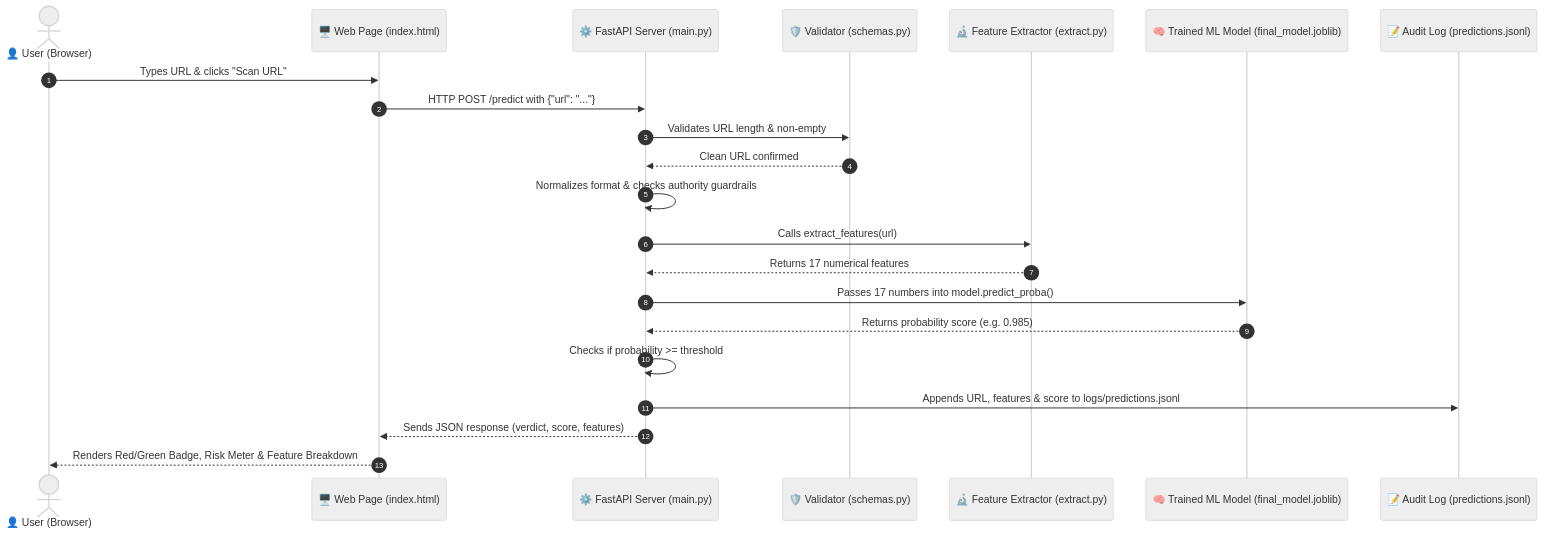
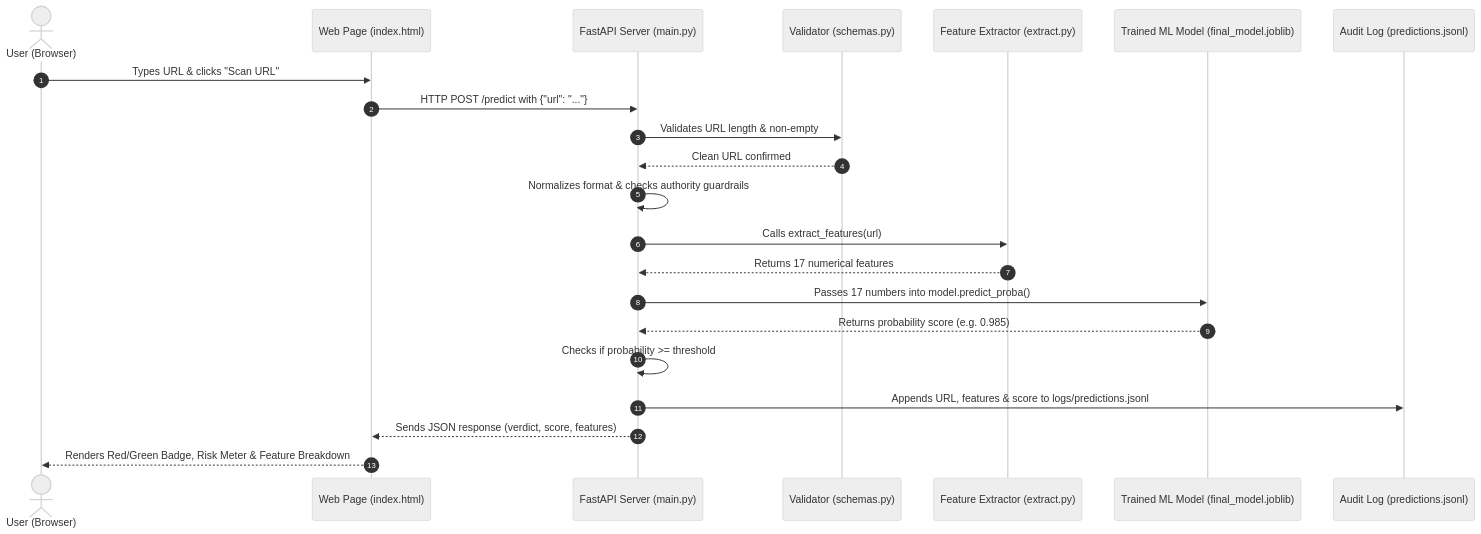
Before and after one commit to hassan3xl/phishing-link-detector-ml: the first of 2 diagrams in README.md, drawn with Mermaid (neutral theme). The commit also changed other lines of this file and 4 other files, not shown here.

````diff
--- a/README.md
+++ b/README.md
@@ -225,25 +225,25 @@
 ```mermaid
 sequenceDiagram
     autonumber
-    actor User as 👤 User (Browser)
-    participant UI as 🖥️ Web Page (index.html)
-    participant Server as ⚙️ FastAPI Server (main.py)
-    participant Validator as 🛡️ Validator (schemas.py)
-    participant Extractor as 🔬 Feature Extractor (extract.py)
-    participant Brain as 🧠 Trained ML Model (final_model.joblib)
-    participant Logger as 📝 Audit Log (predictions.jsonl)
+    actor User as User (Browser)
+    participant UI as Web Page (index.html)
+    participant Server as FastAPI Server (main.py)
+    participant Validator as Validator (schemas.py)
+    participant Extractor as Feature Extractor (extract.py)
+    participant Brain as Trained ML Model (final_model.joblib)
+    participant Logger as Audit Log (predictions.jsonl)
 
     User->>UI: Types URL & clicks "Scan URL"
     UI->>Server: HTTP POST /predict with {"url": "..."}
     Server->>Validator: Validates URL length & non-empty
     Validator-->>Server: Clean URL confirmed
     Server->>Server: Normalizes format & checks authority guardrails
     Server->>Extractor: Calls extract_features(url)
     Extractor-->>Server: Returns 17 numerical features
     Server->>Brain: Passes 17 numbers into model.predict_proba()
     Brain-->>Server: Returns probability score (e.g. 0.985)
     Server->>Server: Checks if probability >= threshold
     Server->>Logger: Appends URL, features & score to logs/predictions.jsonl
     Server-->>UI: Sends JSON response (verdict, score, features)
     UI-->>User: Renders Red/Green Badge, Risk Meter & Feature Breakdown
 ```
````
